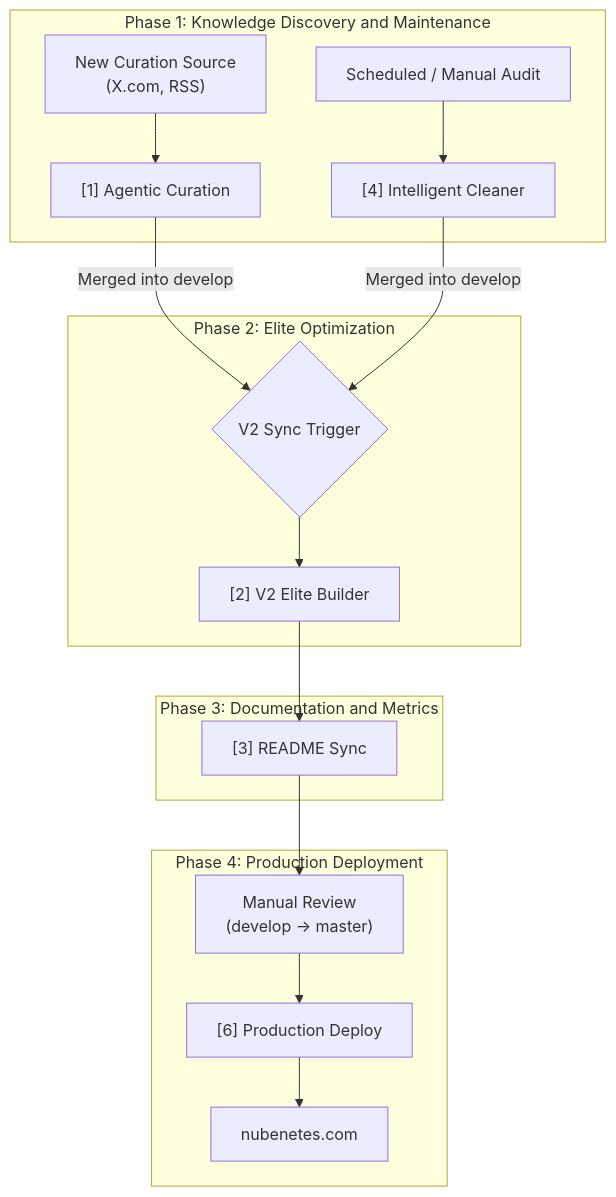
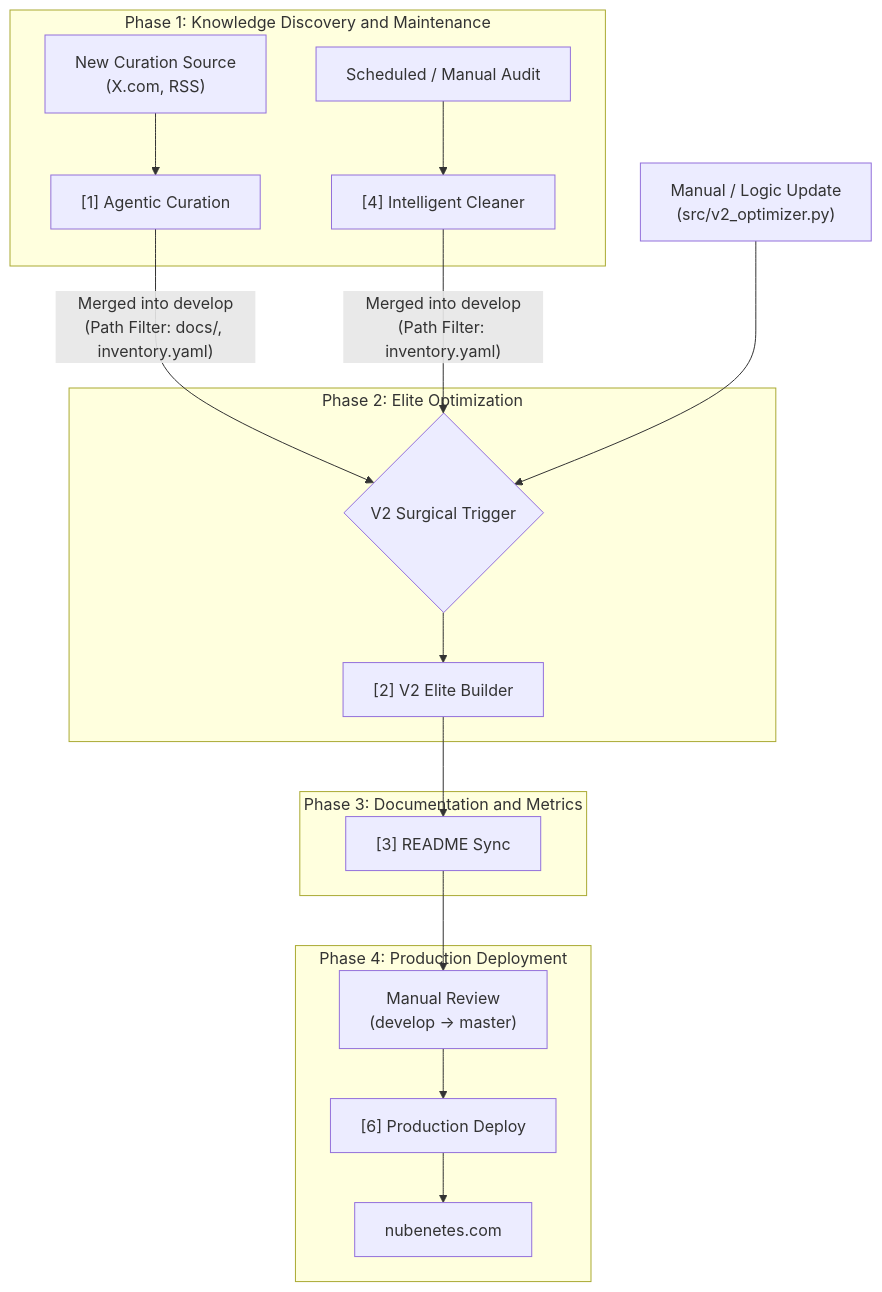
The ninth of 11 diagrams in README.md (nubenetes/awesome-kubernetes), drawn with Mermaid before and after one commit. The commit also changed other lines of this file, not shown here.

Commit message:
docs: update README trigger logic documentation to match surgical strategy

````diff
--- a/README.md
+++ b/README.md
@@ -622,24 +622,25 @@
 ```mermaid
 graph TD
     subgraph "Phase 1: Knowledge Discovery and Maintenance"
         A["New Curation Source<br/>(X.com, RSS)"] --> B["[1] Agentic Curation"]
         C["Scheduled / Manual Audit"] --> D["[4] Intelligent Cleaner"]
     end
 
-    B -->|"Merged into develop"| E{"V2 Sync Trigger"}
-    D -->|"Merged into develop"| E
-    
+    B -->|"Merged into develop<br/>(Path Filter: docs/, inventory.yaml)"| E{"V2 Surgical Trigger"}
+    D -->|"Merged into develop<br/>(Path Filter: inventory.yaml)"| E
+    F["Manual / Logic Update<br/>(src/v2_optimizer.py)"] --> E
+
     subgraph "Phase 2: Elite Optimization"
-        E --> F["[2] V2 Elite Builder"]
+        E --> G["[2] V2 Elite Builder"]
     end
 
     subgraph "Phase 3: Documentation and Metrics"
-        F --> G["[3] README Sync"]
+        G --> H["[3] README Sync"]
     end
 
     subgraph "Phase 4: Production Deployment"
-        G --> H["Manual Review<br/>(develop → master)"]
-        H --> I["[6] Production Deploy"]
-        I --> J["nubenetes.com"]
+        H --> I["Manual Review<br/>(develop → master)"]
+        I --> J["[6] Production Deploy"]
+        J --> K["nubenetes.com"]
     end
 ```
````
